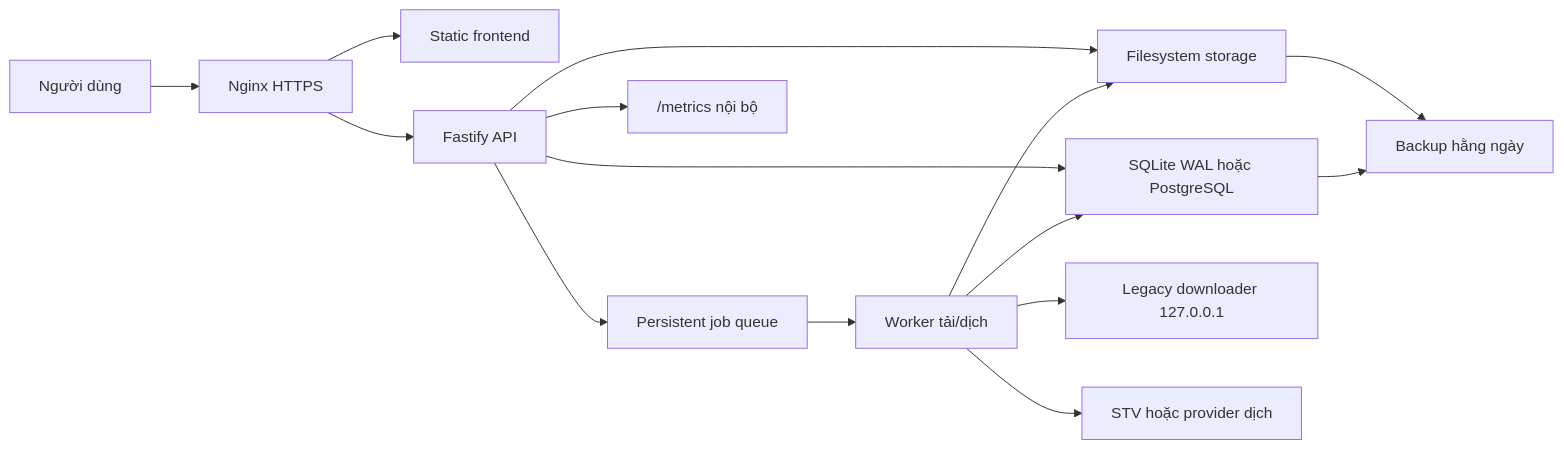
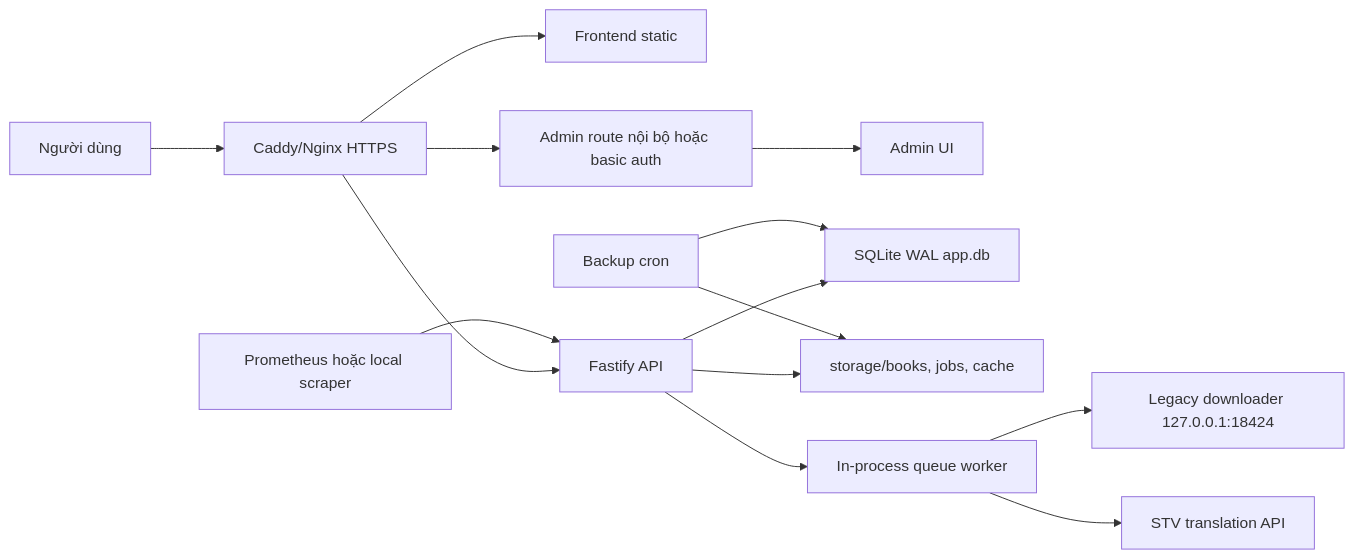
Before and after one commit to minhdatuet/fanqie-novel-downloader: the first of 2 diagrams in docs/02-target-architecture.md, drawn with Mermaid. The commit also changed other lines of this file and 11 other files, not shown here.

````diff
--- a/docs/02-target-architecture.md
+++ b/docs/02-target-architecture.md
@@ -17,20 +15,16 @@
 ```mermaid
 flowchart LR
-    User["Người dùng"] --> Nginx["Nginx HTTPS"]
-    Nginx --> Frontend["Static frontend"]
-    Nginx --> Api["Fastify API"]
-
-    Api --> Db["SQLite WAL hoặc PostgreSQL"]
-    Api --> Queue["Persistent job queue"]
-    Api --> Storage["Filesystem storage"]
-
-    Queue --> Worker["Worker tải/dịch"]
-    Worker --> Legacy["Legacy downloader 127.0.0.1"]
-    Worker --> Translator["STV hoặc provider dịch"]
-    Worker --> Storage
-    Worker --> Db
-
-    Api --> Metrics["/metrics nội bộ"]
-    Storage --> Backup["Backup hằng ngày"]
-    Db --> Backup
+    User["Người dùng"] --> Proxy["Caddy/Nginx HTTPS"]
+    Proxy --> Web["Frontend static"]
+    Proxy --> Api["Fastify API"]
+    Proxy --> AdminGuard["Admin route nội bộ hoặc basic auth"]
+    AdminGuard --> Admin["Admin UI"]
+    Api --> Sqlite["SQLite WAL app.db"]
+    Api --> Storage["storage/books, jobs, cache"]
+    Api --> Worker["In-process queue worker"]
+    Worker --> Legacy["Legacy downloader 127.0.0.1:18424"]
+    Worker --> STV["STV translation API"]
+    Backup["Backup cron"] --> Storage
+    Backup --> Sqlite
+    Metrics["Prometheus hoặc local scraper"] --> Api
 ```
````
